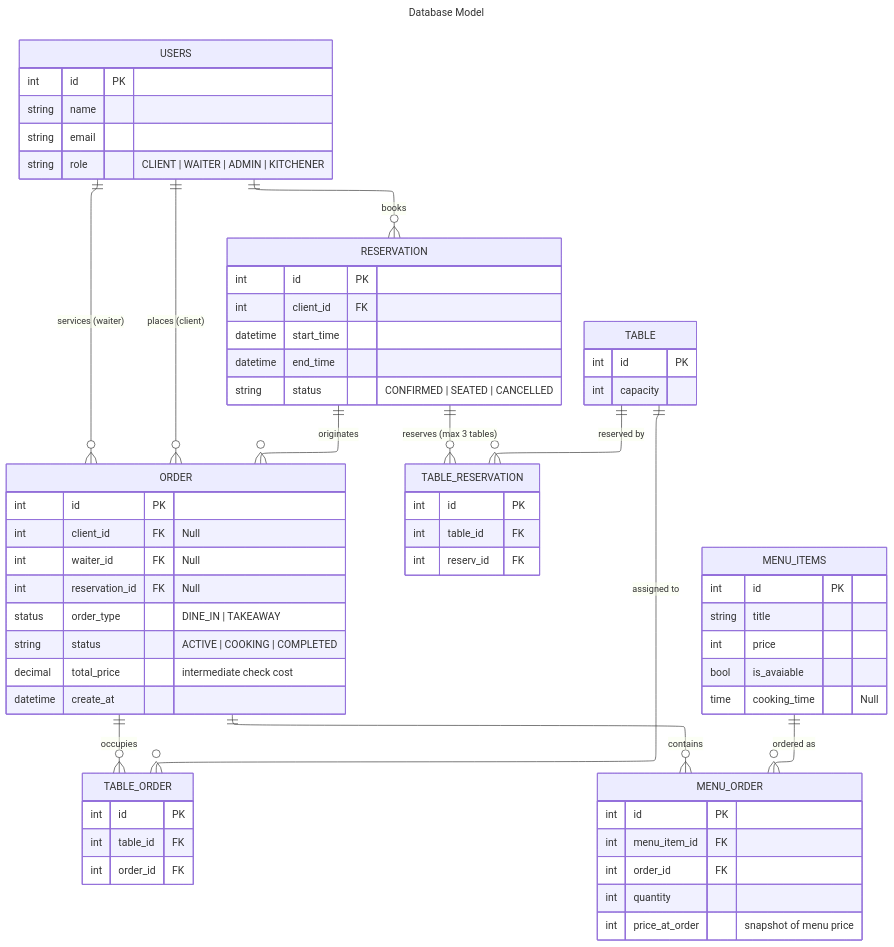
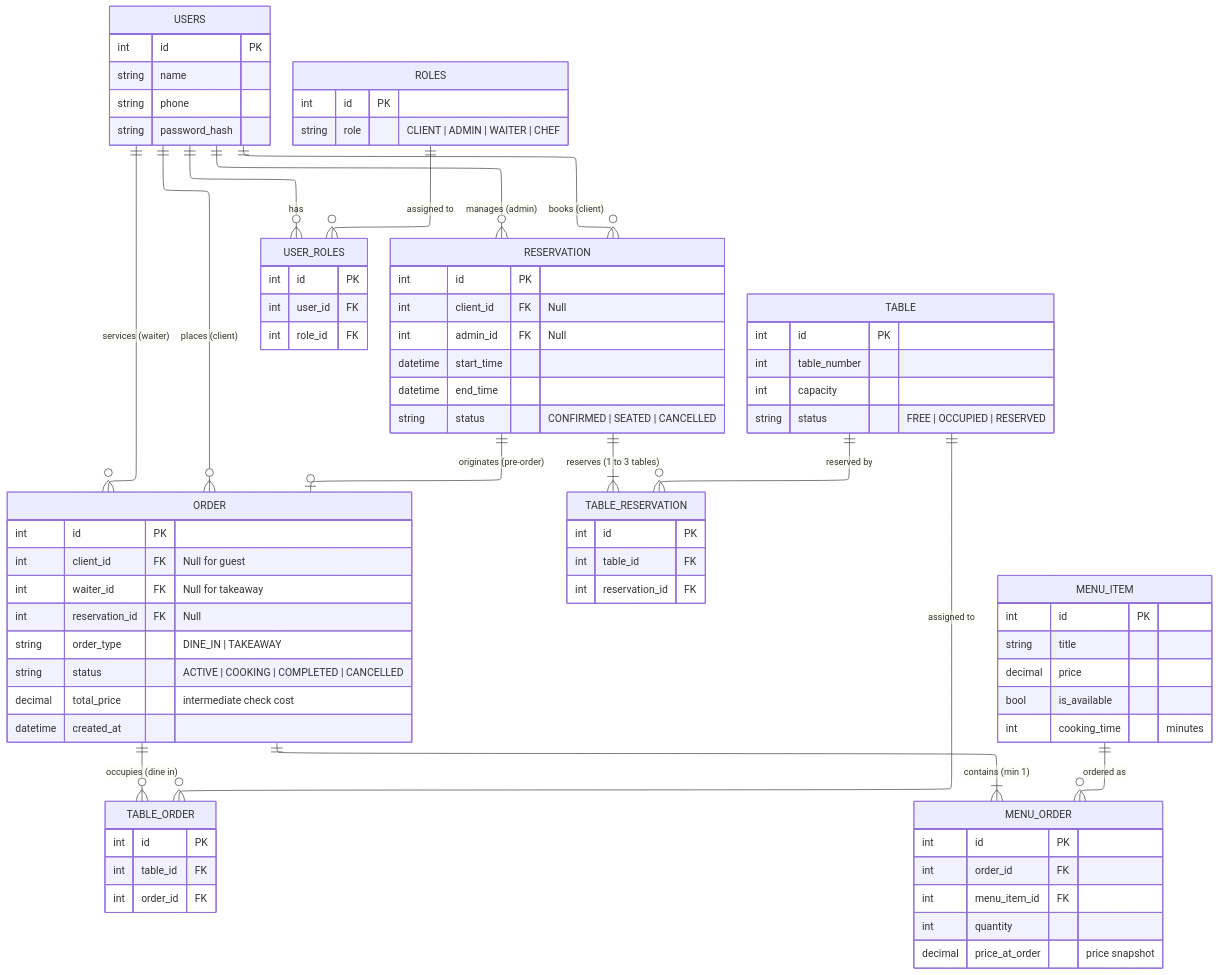
One commit to cyjiky/TableFlow changed the first of 2 diagrams in model.md. Above: the diagram before and after it, drawn with Mermaid. The commit also changed other lines of this file and 3 other files, not shown here.

````diff
--- a/model.md
+++ b/model.md
@@ -3,57 +5,56 @@
 ```mermaid
 ---
-title: Database Model
 config:
     layout: elk
 ---
 erDiagram
-    USERS ||--o{ RESERVATION: "books"
+    USERS ||--o{ USER_ROLES : "has"
+    ROLES ||--o{ USER_ROLES : "assigned to"
+
+    USERS ||--o{ RESERVATION : "books (client)"
+    USERS ||--o{ RESERVATION : "manages (admin)"
     USERS ||--o{ ORDER : "places (client)"
-    
+    USERS ||--o{ ORDER : "services (waiter)"
 
-    USERS ||--o{ ORDER: "services (waiter)"
-    ORDER ||--o{ TABLE_ORDER: "occupies"
-    TABLE ||--o{ TABLE_ORDER: "assigned to"
+    RESERVATION ||--|{ TABLE_RESERVATION : "reserves (1 to 3 tables)"
+    TABLE ||--o{ TABLE_RESERVATION : "reserved by"
+    RESERVATION ||--o| ORDER : "originates (pre-order)"
 
-    RESERVATION ||--o{ TABLE_RESERVATION: "reserves (max 3 tables)"
-    RESERVATION ||--o{ ORDER: "originates"
-    TABLE ||--o{ TABLE_RESERVATION: "reserved by"
+    ORDER ||--o{ TABLE_ORDER : "occupies (dine in)"
+    TABLE ||--o{ TABLE_ORDER : "assigned to"
 
-    ORDER ||--o{ MENU_ORDER: "contains"
-    MENU_ITEMS ||--o{ MENU_ORDER: "ordered as"
+    ORDER ||--|{ MENU_ORDER : "contains (min 1)"
+    MENU_ITEM ||--o{ MENU_ORDER : "ordered as"
 
     USERS {
         int id PK
         string name
-        string email
-        string role "CLIENT | WAITER | ADMIN | KITCHENER"
+        string phone
+        string password_hash
     }
 
-    ORDER {
+    ROLES {
         int id PK
-        int client_id FK "Null"
-        int waiter_id FK "Null"
-        int reservation_id FK "Null"
-        status order_type "DINE_IN | TAKEAWAY"
-        string status "ACTIVE | COOKING | COMPLETED"
-        decimal total_price "intermediate check cost"
-        datetime create_at 
+        string role "CLIENT | ADMIN | WAITER | CHEF"
+    }
+
+    USER_ROLES {
+        int id PK
+        int user_id FK
+        int role_id FK
     }
 
     TABLE {
-        int id PK 
+        int id PK
+        int table_number
         int capacity
-    }
-
-    TABLE_ORDER {
-        int id PK
-        int table_id FK 
-        int order_id FK
+        string status "FREE | OCCUPIED | RESERVED"
     }
 
     RESERVATION {
         int id PK
-        int client_id FK
+        int client_id FK "Null"
+        int admin_id FK "Null"
         datetime start_time
         datetime end_time
         string status "CONFIRMED | SEATED | CANCELLED"
@@ -61,23 +62,40 @@
 
     TABLE_RESERVATION {
         int id PK
-        int table_id FK 
-        int reserv_id FK
+        int table_id FK
+        int reservation_id FK
     }
 
-    MENU_ITEMS {
+    ORDER {
         int id PK
-        string title 
-        int price 
-        bool is_avaiable
-        time cooking_time "Null"
+        int client_id FK "Null for guest"
+        int waiter_id FK "Null for takeaway"
+        int reservation_id FK "Null"
+        string order_type "DINE_IN | TAKEAWAY"
+        string status "ACTIVE | COOKING | COMPLETED | CANCELLED"
+        decimal total_price "intermediate check cost"
+        datetime created_at
+    }
+
+    TABLE_ORDER {
+        int id PK
+        int table_id FK
+        int order_id FK
+    }
+
+    MENU_ITEM {
+        int id PK
+        string title
+        decimal price
+        bool is_available
+        int cooking_time "minutes"
     }
 
     MENU_ORDER {
         int id PK
+        int order_id FK
         int menu_item_id FK
-        int order_id FK
         int quantity
-        int price_at_order "snapshot of menu price"
+        decimal price_at_order "price snapshot"
     }
 ```
````
